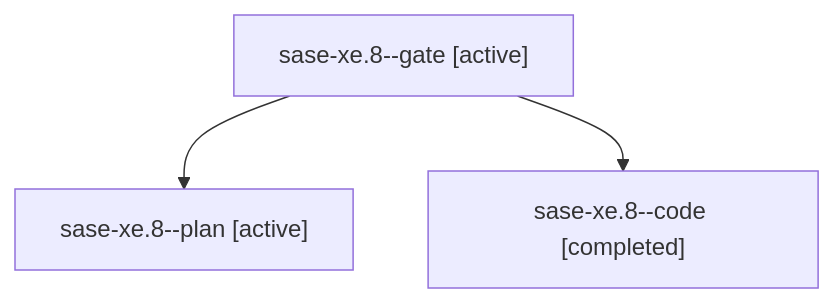
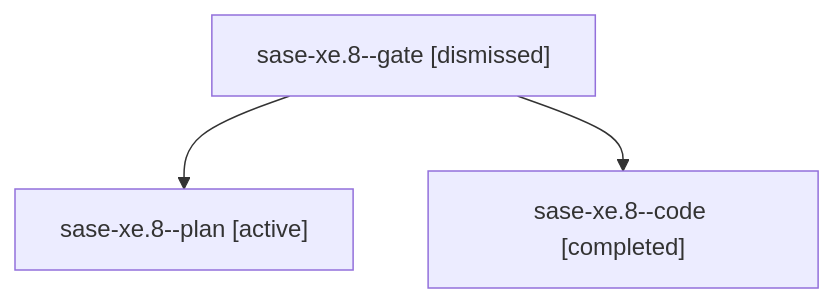
One commit to sase-org/sase--agents changed the diagram in sessions/bbugyi200.athena.sase-xe.8.md. Above: the diagram before and after it, drawn with Mermaid. The commit also changed other lines of this file and 397 other files, not shown here.

````diff
--- a/sessions/bbugyi200.athena.sase-xe.8.md
+++ b/sessions/bbugyi200.athena.sase-xe.8.md
@@ -9,8 +9,8 @@
 ```mermaid
 flowchart TD
-  n0["sase-xe.8--gate [active]"]
+  n0["sase-xe.8--gate [dismissed]"]
   n1["sase-xe.8--plan [active]"]
   n0 --> n1
   n2["sase-xe.8--code [completed]"]
   n0 --> n2
 ```
````
